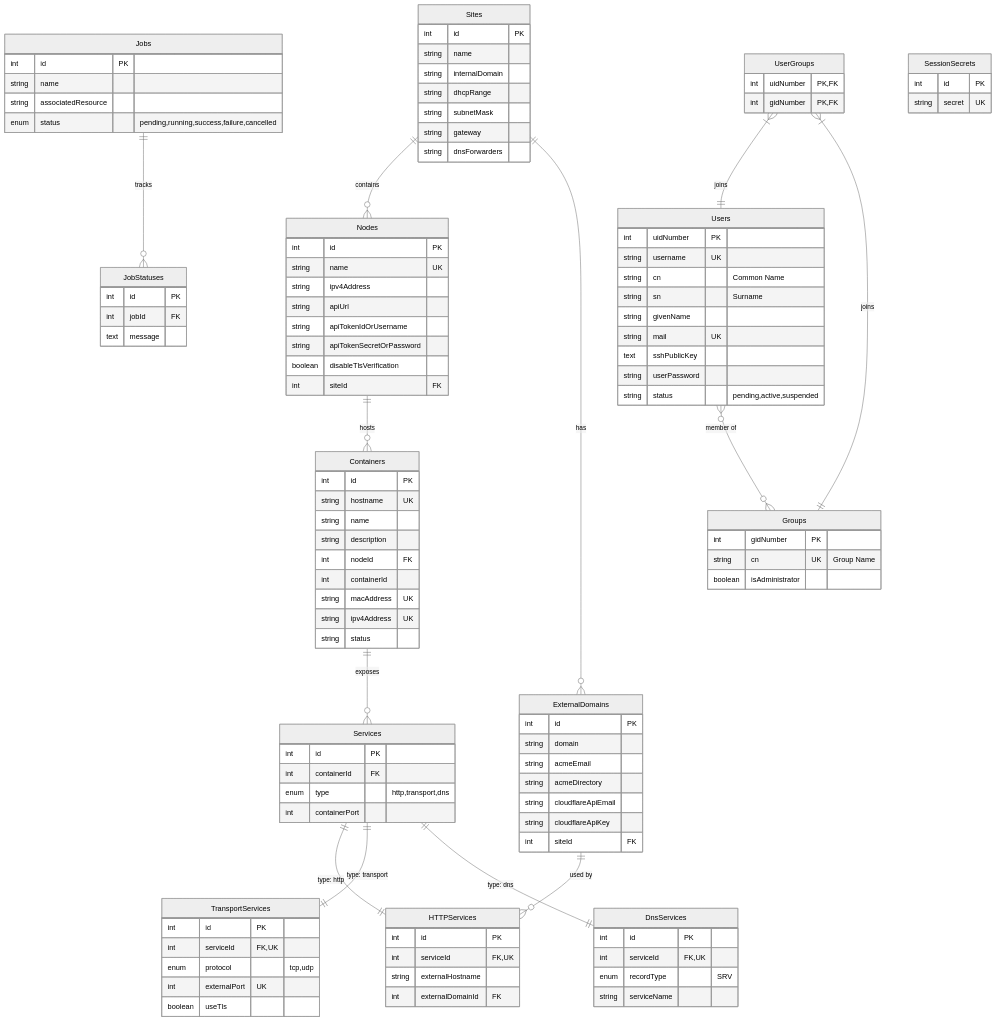
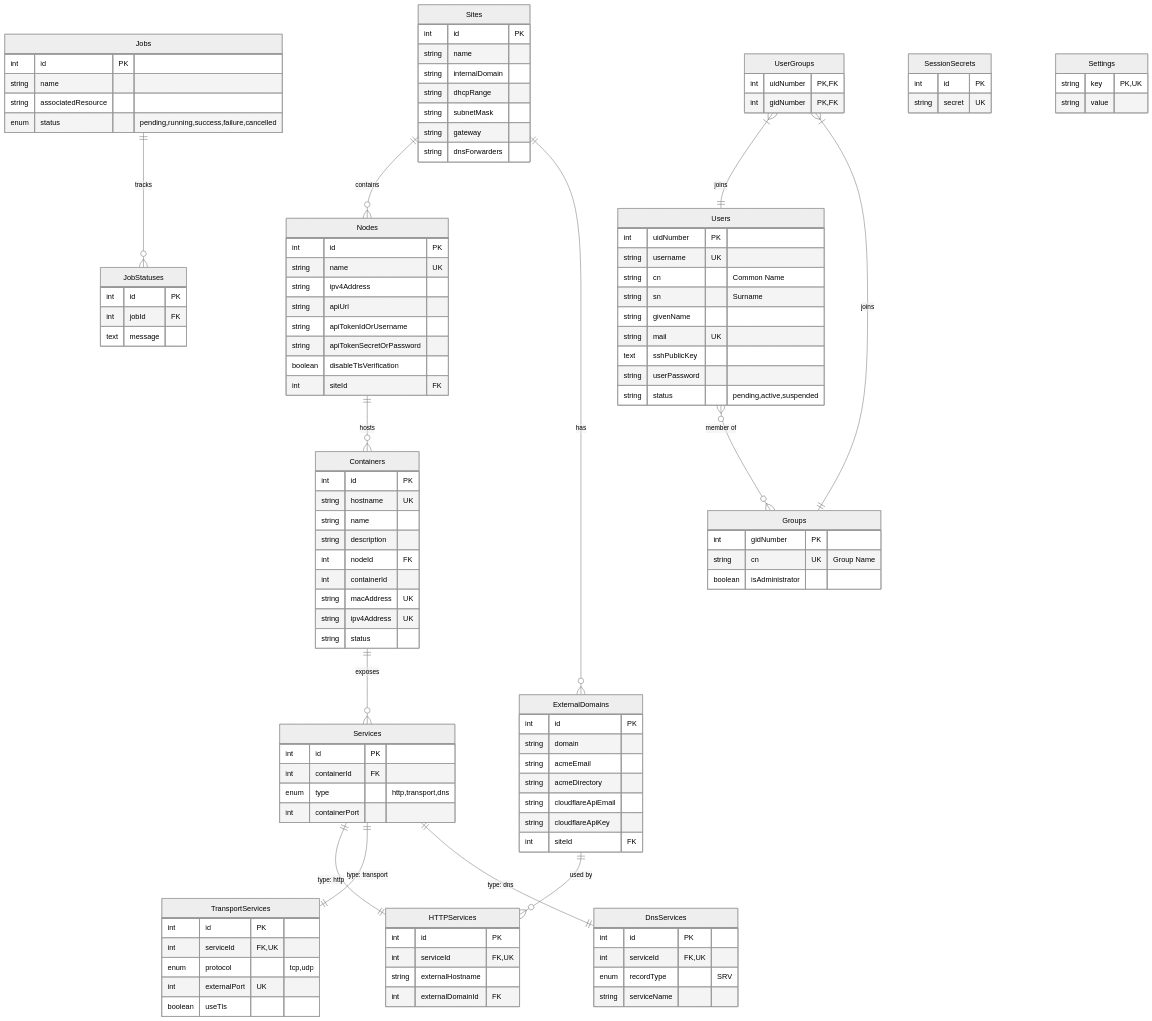
Before and after one commit to mieweb/opensource-server: the diagram in mie-opensource-landing/docs/developers/database-schema.md, drawn with Mermaid (neutral theme). The commit also changed other lines of this file and 10 other files, not shown here.

````diff
--- a/mie-opensource-landing/docs/developers/database-schema.md
+++ b/mie-opensource-landing/docs/developers/database-schema.md
@@ -135,4 +135,9 @@
         int id PK
         string secret UK
     }
+
+    Settings {
+        string key PK,UK
+        string value
+    }
 ```
````
